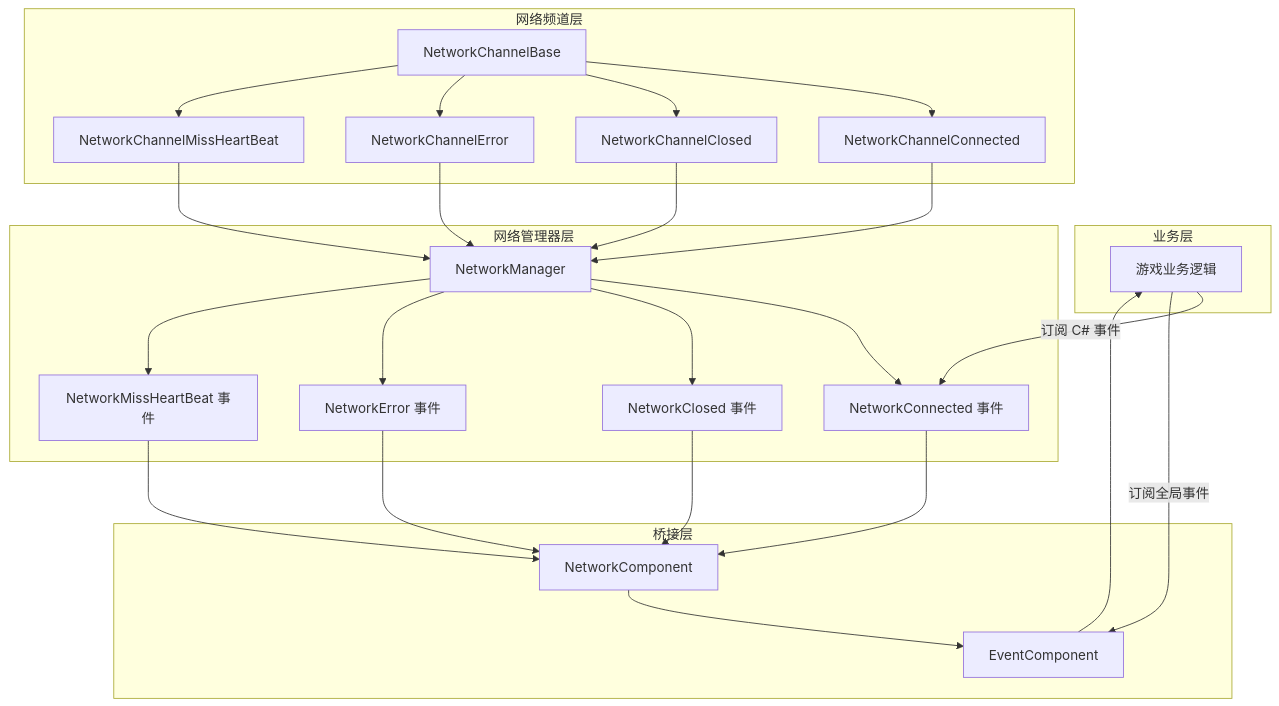
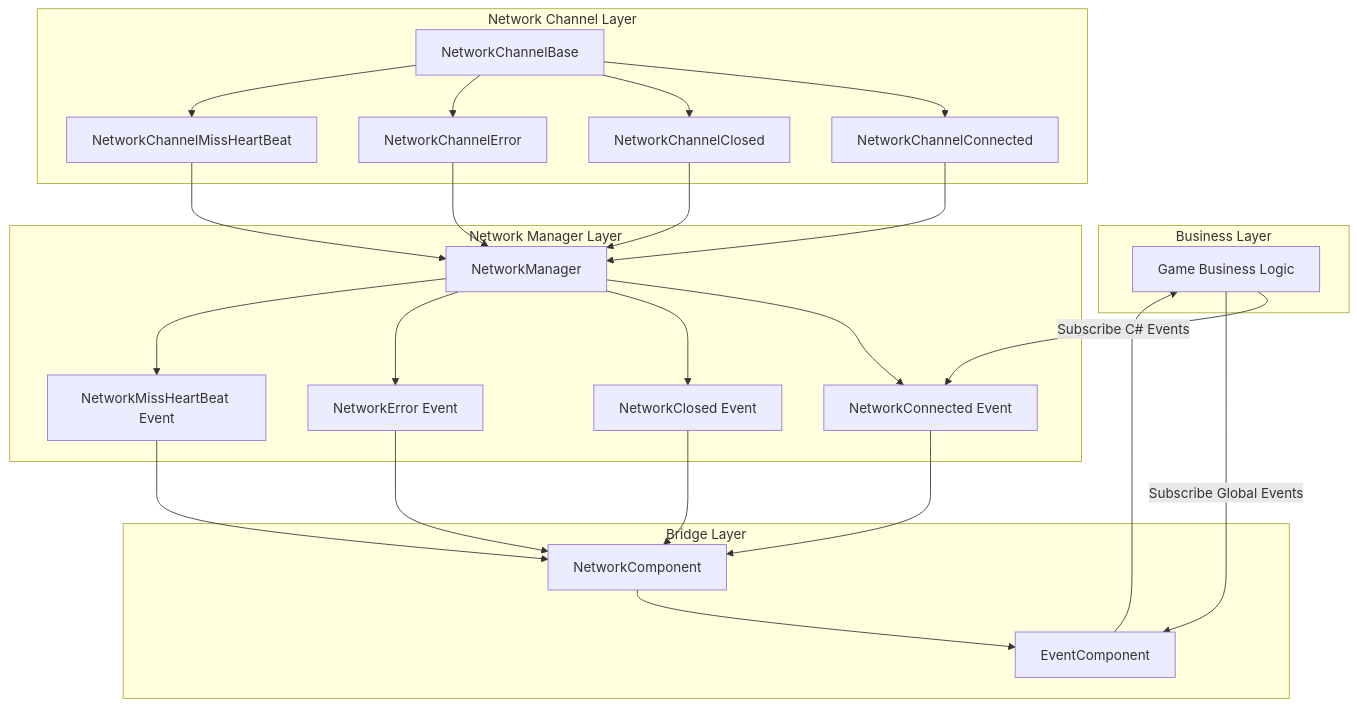
One commit to AlianBlank/GameFrameX.Docs changed the first of 2 diagrams in docs/en/client/unity/component/network/08.events.md. Above: the diagram before and after it, drawn with Mermaid. The commit also changed other lines of this file and 242 other files, not shown here.

````diff
--- a/docs/en/client/unity/component/network/08.events.md
+++ b/docs/en/client/unity/component/network/08.events.md
@@ -19,53 +19,53 @@
 ```mermaid
 flowchart TD
-    subgraph External["业务层"]
-        GameLogic["游戏业务逻辑"]
+    subgraph External["Business Layer"]
+        GameLogic["Game Business Logic"]
     end
 
-    subgraph NetworkChannel["网络频道层"]
+    subgraph NetworkChannel["Network Channel Layer"]
         NCB[NetworkChannelBase]
         NCB_Connected["NetworkChannelConnected"]
         NCB_Closed["NetworkChannelClosed"]
         NCB_Error["NetworkChannelError"]
         NCB_MissHB["NetworkChannelMissHeartBeat"]
     end
 
-    subgraph NetworkManagerLayer["网络管理器层"]
+    subgraph NetworkManagerLayer["Network Manager Layer"]
         NM[NetworkManager]
-        NM_Connected["NetworkConnected 事件"]
-        NM_Closed["NetworkClosed 事件"]
-        NM_Error["NetworkError 事件"]
-        NM_MissHB["NetworkMissHeartBeat 事件"]
+        NM_Connected["NetworkConnected Event"]
+        NM_Closed["NetworkClosed Event"]
+        NM_Error["NetworkError Event"]
+        NM_MissHB["NetworkMissHeartBeat Event"]
     end
 
-    subgraph BridgeLayer["桥接层"]
+    subgraph BridgeLayer["Bridge Layer"]
         NC[NetworkComponent]
         EC[EventComponent]
     end
 
     NCB --> NCB_Connected
     NCB --> NCB_Closed
     NCB --> NCB_Error
     NCB --> NCB_MissHB
 
     NCB_Connected --> NM
     NCB_Closed --> NM
     NCB_Error --> NM
     NCB_MissHB --> NM
 
     NM --> NM_Connected
     NM --> NM_Closed
     NM --> NM_Error
     NM --> NM_MissHB
 
     NM_Connected --> NC
     NM_Closed --> NC
     NM_Error --> NC
     NM_MissHB --> NC
 
     NC --> EC
     EC --> GameLogic
 
-    GameLogic -->|"订阅 C# 事件"| NM_Connected
-    GameLogic -->|"订阅全局事件"| EC
+    GameLogic -->|"Subscribe C# Events"| NM_Connected
+    GameLogic -->|"Subscribe Global Events"| EC
 ```
````
